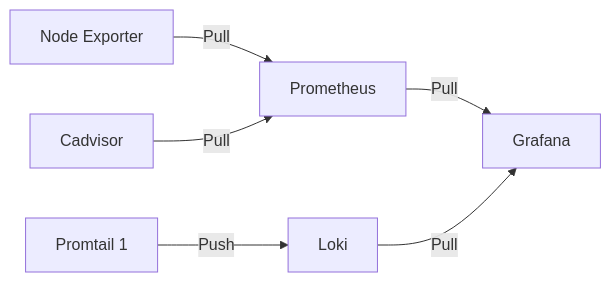
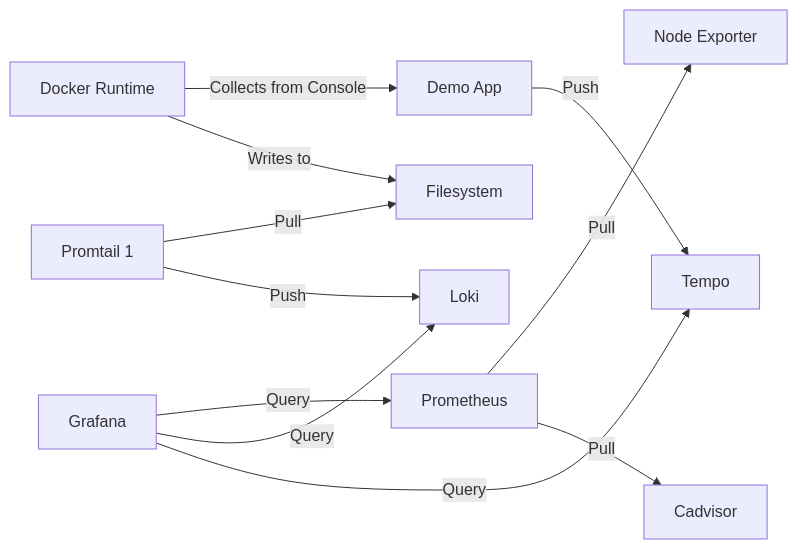
The diagram in README.md (s-a-tanjim/system-monitor), drawn with Mermaid before and after one commit. The commit also changed other lines of this file and 8 other files, not shown here.

````diff
--- a/README.md
+++ b/README.md
@@ -5,20 +5,29 @@
 ```mermaid
 graph LR;
 
+APP[Demo App]
+DK[Docker Runtime]
 G[Grafana]
 L[Loki]
 P1[Promtail 1]
 PR[Prometheus]
 NE[Node Exporter]
 CD[Cadvisor]
+T[Tempo]
 
 
-NE-->|Pull|PR
-CD-->|Pull|PR
+DK-->|Collects from Console|APP
+DK-->|Writes to|Filesystem
+APP-->|Push|T
+P1-->|Pull|Filesystem
+
+PR-->|Pull|NE
+PR-->|Pull|CD
 
 P1-->|Push|L
 
-PR-->|Pull|G
-L-->|Pull|G
+G-->|Query|PR
+G-->|Query|L
+G-->|Query|T
 
 ```
````
